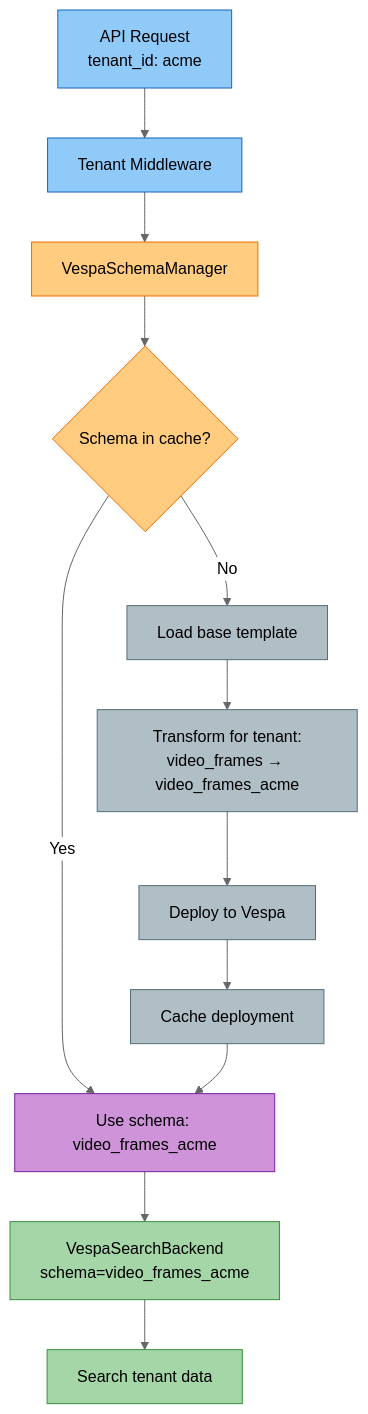
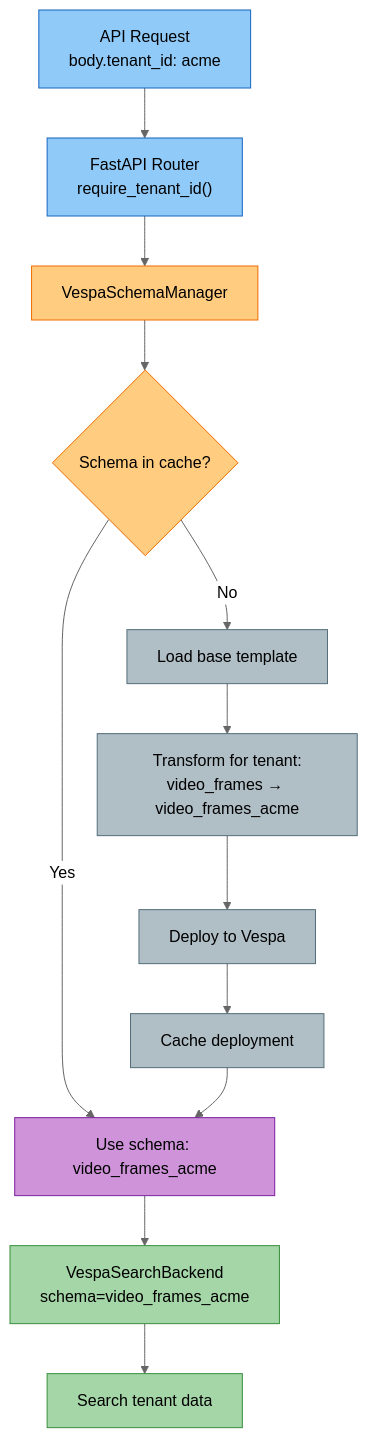
Before and after one commit to amit-jain/cogniverse: the eighth of 9 diagrams in docs/modules/backends.md, drawn with Mermaid (neutral theme). The commit also changed other lines of this file and 19 other files, not shown here.

````diff
--- a/docs/modules/backends.md
+++ b/docs/modules/backends.md
@@ -1221,29 +1221,29 @@
 ```mermaid
 flowchart TB
-    API["<span style='color:#000'>API Request<br/>tenant_id: acme</span>"] --> Middleware["<span style='color:#000'>Tenant Middleware</span>"]
-    Middleware --> SchemaManager["<span style='color:#000'>VespaSchemaManager</span>"]
+    API["<span style='color:#000'>API Request<br/>body.tenant_id: acme</span>"] --> Router["<span style='color:#000'>FastAPI Router<br/>require_tenant_id()</span>"]
+    Router --> SchemaManager["<span style='color:#000'>VespaSchemaManager</span>"]
 
     SchemaManager --> CheckCache{"<span style='color:#000'>Schema in cache?</span>"}
     CheckCache -->|Yes| UseSchema["<span style='color:#000'>Use schema: video_frames_acme</span>"]
     CheckCache -->|No| LoadTemplate["<span style='color:#000'>Load base template</span>"]
 
     LoadTemplate --> Transform["<span style='color:#000'>Transform for tenant:<br/>video_frames → video_frames_acme</span>"]
     Transform --> Deploy["<span style='color:#000'>Deploy to Vespa</span>"]
     Deploy --> Cache["<span style='color:#000'>Cache deployment</span>"]
     Cache --> UseSchema
 
     UseSchema --> VespaClient["<span style='color:#000'>VespaSearchBackend<br/>schema=video_frames_acme</span>"]
     VespaClient --> Search["<span style='color:#000'>Search tenant data</span>"]
 
     style API fill:#90caf9,stroke:#1565c0,color:#000
-    style Middleware fill:#90caf9,stroke:#1565c0,color:#000
+    style Router fill:#90caf9,stroke:#1565c0,color:#000
     style SchemaManager fill:#ffcc80,stroke:#ef6c00,color:#000
     style CheckCache fill:#ffcc80,stroke:#ef6c00,color:#000
     style UseSchema fill:#ce93d8,stroke:#7b1fa2,color:#000
     style LoadTemplate fill:#b0bec5,stroke:#546e7a,color:#000
     style Transform fill:#b0bec5,stroke:#546e7a,color:#000
     style Deploy fill:#b0bec5,stroke:#546e7a,color:#000
     style Cache fill:#b0bec5,stroke:#546e7a,color:#000
     style VespaClient fill:#a5d6a7,stroke:#388e3c,color:#000
     style Search fill:#a5d6a7,stroke:#388e3c,color:#000
 ```
````
